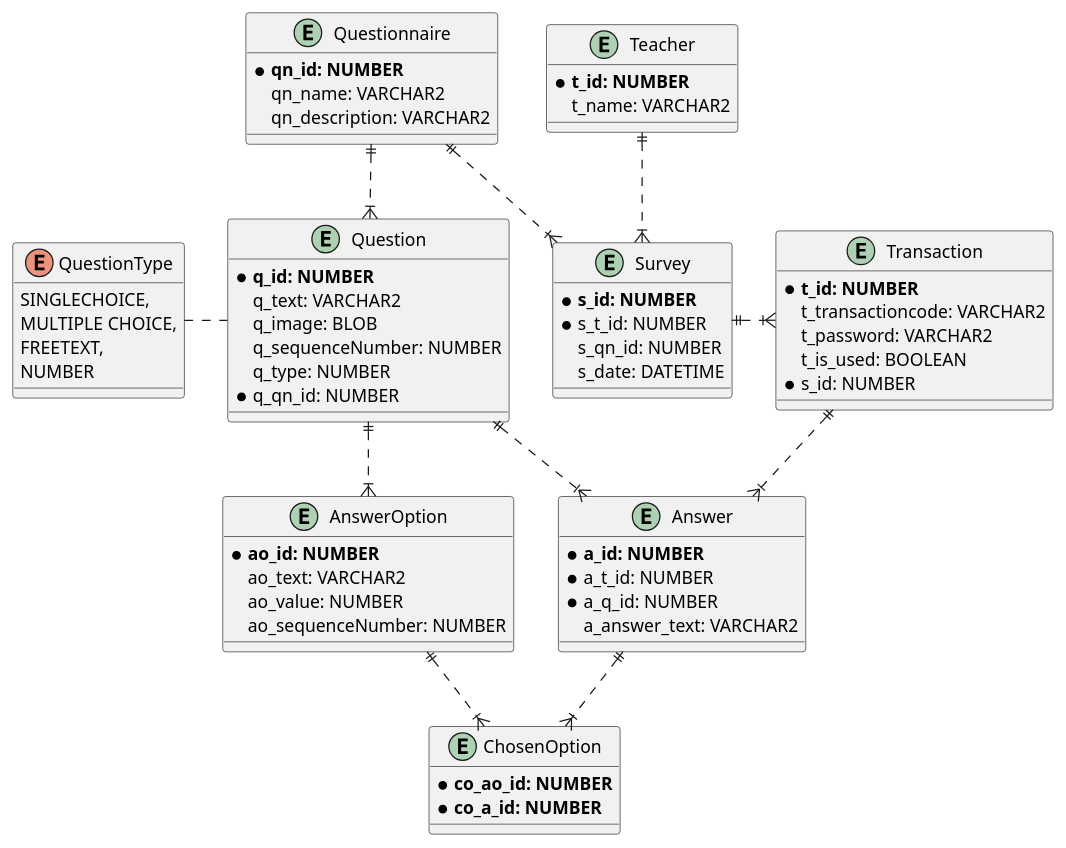
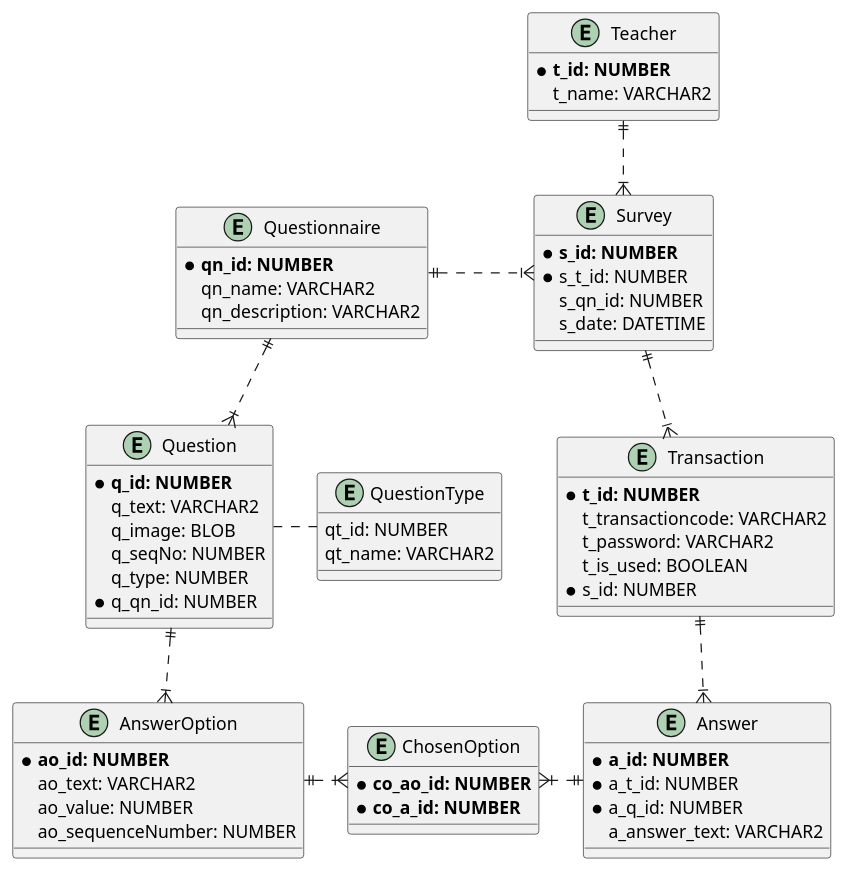
The diagram in asciidocs/Datenmodell.puml (htl-leonding-project/questionz), drawn with PlantUML before and after one commit. The commit also changed 2 other files, not shown here.

Commit message:
fixed CLD and ERD

```diff
--- a/asciidocs/Datenmodell.puml
+++ b/asciidocs/Datenmodell.puml
@@ -1,75 +1,73 @@
 @startuml
 
 entity Answer{
     * **a_id: NUMBER**
     * a_t_id: NUMBER
     * a_q_id: NUMBER
     a_answer_text: VARCHAR2
 }
 
 entity AnswerOption{
     * **ao_id: NUMBER**
     ao_text: VARCHAR2
     ao_value: NUMBER
     ao_sequenceNumber: NUMBER
 }
 
 entity Question{
     * **q_id: NUMBER**
     q_text: VARCHAR2
     q_image: BLOB
-    q_sequenceNumber: NUMBER
+    q_seqNo: NUMBER
     q_type: NUMBER
     * q_qn_id: NUMBER
 }
 
-enum QuestionType{
-SINGLECHOICE,
-MULTIPLE CHOICE,
-FREETEXT,
-NUMBER
+entity QuestionType{
+    qt_id: NUMBER
+    qt_name: VARCHAR2
+
 }
 
 entity Questionnaire{
      * **qn_id: NUMBER**
      qn_name: VARCHAR2
      qn_description: VARCHAR2
 }
 
 entity Transaction{
      * **t_id: NUMBER**
      t_transactioncode: VARCHAR2
      t_password: VARCHAR2
      t_is_used: BOOLEAN
      * s_id: NUMBER
 }
 
 entity Survey{
      * **s_id: NUMBER**
      * s_t_id: NUMBER
      s_qn_id: NUMBER
      s_date: DATETIME
 }
 
 entity ChosenOption {
     *  **co_ao_id: NUMBER**
     * **co_a_id: NUMBER**
 }
 
 entity Teacher {
     * **t_id: NUMBER**
     t_name: VARCHAR2
 }
 
 Teacher ||.down.|{ Survey
-Questionnaire ||.down.|{  Survey
+Questionnaire ||.right.|{  Survey
 Questionnaire ||.down.|{ Question
-Question ||.right.|{ Answer
 Question ||.down.|{ AnswerOption
-Survey  ||.right.|{  Transaction
+Survey  ||.down.|{  Transaction
 Transaction ||..|{ Answer
-Answer ||..|{ ChosenOption
-AnswerOption ||..|{ ChosenOption
-Question .left. QuestionType
+Answer ||.left.|{ ChosenOption
+AnswerOption ||.right.|{ ChosenOption
+Question .right. QuestionType
 
 @enduml
```
